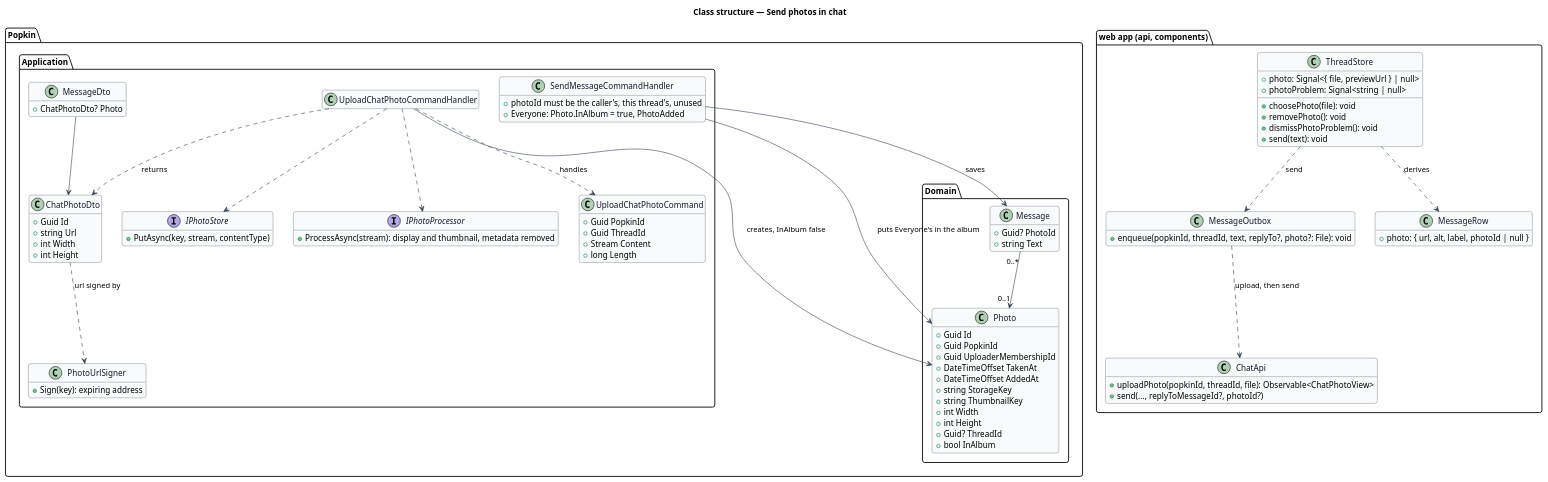
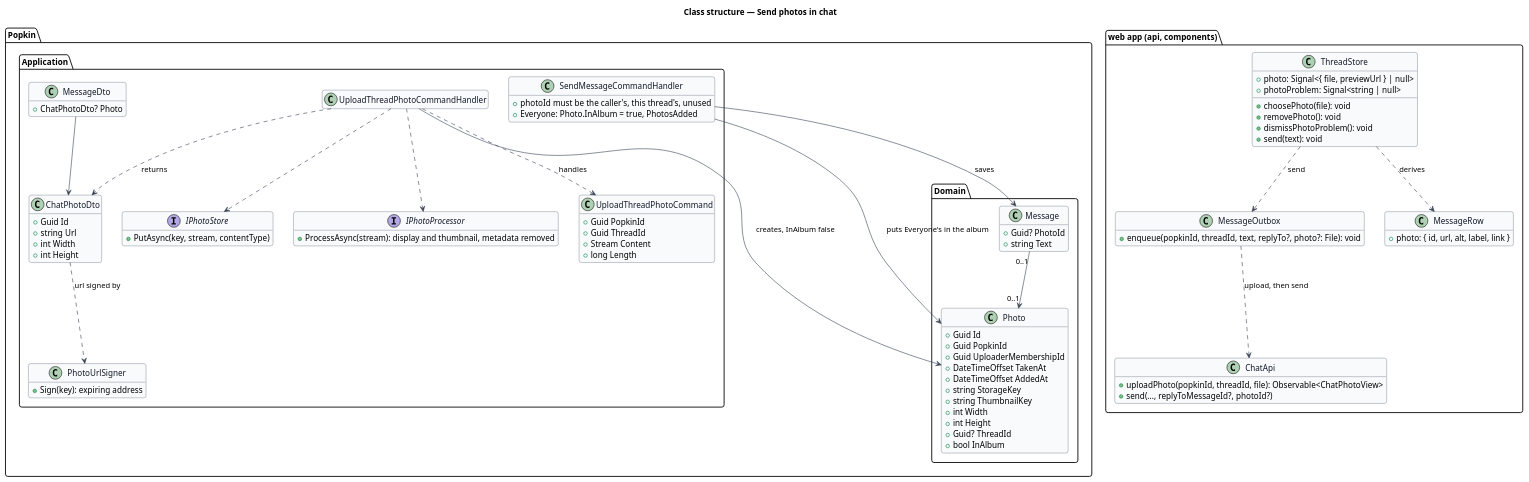
Before and after one commit to QuinntyneBrown/popkin: the diagram in docs/detailed-designs/chat/send-photos-in-chat/diagrams/class-structure.puml, drawn with PlantUML. The commit also changed 6 other files, not shown here.

First line of the commit message:
Bring the design of sending photos in chat up to what journey 13 built

```diff
--- a/docs/detailed-designs/chat/send-photos-in-chat/diagrams/class-structure.puml
+++ b/docs/detailed-designs/chat/send-photos-in-chat/diagrams/class-structure.puml
@@ -1,99 +1,99 @@
 @startuml
 skinparam backgroundColor #FFFFFF
 skinparam shadowing false
 skinparam roundcorner 8
 skinparam defaultFontName Arial
 skinparam ArrowColor #344054
 skinparam class {
   BorderColor #344054
   FontColor #101828
   BackgroundColor #F9FAFB
 }
 hide empty members
 
 title Class structure — Send photos in chat
 
 package "Popkin.Domain" {
   class Photo {
     +Guid Id
     +Guid PopkinId
     +Guid UploaderMembershipId
     +DateTimeOffset TakenAt
     +DateTimeOffset AddedAt
     +string StorageKey
     +string ThumbnailKey
     +int Width
     +int Height
     +Guid? ThreadId
     +bool InAlbum
   }
   class Message {
     +Guid? PhotoId
     +string Text
   }
 }
 package "Popkin.Application" {
-  class UploadChatPhotoCommand {
+  class UploadThreadPhotoCommand {
     +Guid PopkinId
     +Guid ThreadId
     +Stream Content
     +long Length
   }
-  class UploadChatPhotoCommandHandler
+  class UploadThreadPhotoCommandHandler
   class SendMessageCommandHandler {
     +photoId must be the caller's, this thread's, unused
-    +Everyone: Photo.InAlbum = true, PhotoAdded
+    +Everyone: Photo.InAlbum = true, PhotosAdded
   }
   class ChatPhotoDto {
     +Guid Id
     +string Url
     +int Width
     +int Height
   }
   class MessageDto {
     +ChatPhotoDto? Photo
   }
   interface IPhotoStore {
     +PutAsync(key, stream, contentType)
   }
   interface IPhotoProcessor {
     +ProcessAsync(stream): display and thumbnail, metadata removed
   }
   class PhotoUrlSigner {
     +Sign(key): expiring address
   }
 }
 package "web app (api, components)" {
   class ThreadStore {
     +photo: Signal<{ file, previewUrl } | null>
     +photoProblem: Signal<string | null>
     +choosePhoto(file): void
     +removePhoto(): void
     +dismissPhotoProblem(): void
     +send(text): void
   }
   class MessageOutbox {
     +enqueue(popkinId, threadId, text, replyTo?, photo?: File): void
   }
   class ChatApi {
     +uploadPhoto(popkinId, threadId, file): Observable<ChatPhotoView>
     +send(..., replyToMessageId?, photoId?)
   }
   class MessageRow {
-    +photo: { url, alt, label, photoId | null }
+    +photo: { id, url, alt, label, link }
   }
 }
-UploadChatPhotoCommandHandler ..> UploadChatPhotoCommand : handles
-UploadChatPhotoCommandHandler ..> IPhotoProcessor
-UploadChatPhotoCommandHandler ..> IPhotoStore
-UploadChatPhotoCommandHandler --> Photo : creates, InAlbum false
-UploadChatPhotoCommandHandler ..> ChatPhotoDto : returns
+UploadThreadPhotoCommandHandler ..> UploadThreadPhotoCommand : handles
+UploadThreadPhotoCommandHandler ..> IPhotoProcessor
+UploadThreadPhotoCommandHandler ..> IPhotoStore
+UploadThreadPhotoCommandHandler --> Photo : creates, InAlbum false
+UploadThreadPhotoCommandHandler ..> ChatPhotoDto : returns
 SendMessageCommandHandler --> Message : saves
 SendMessageCommandHandler --> Photo : puts Everyone's in the album
 MessageDto --> ChatPhotoDto
 ChatPhotoDto ..> PhotoUrlSigner : url signed by
-Message "0..*" --> "0..1" Photo
+Message "0..1" --> "0..1" Photo
 ThreadStore ..> MessageOutbox : send
 MessageOutbox ..> ChatApi : upload, then send
 ThreadStore ..> MessageRow : derives
 @enduml
```
